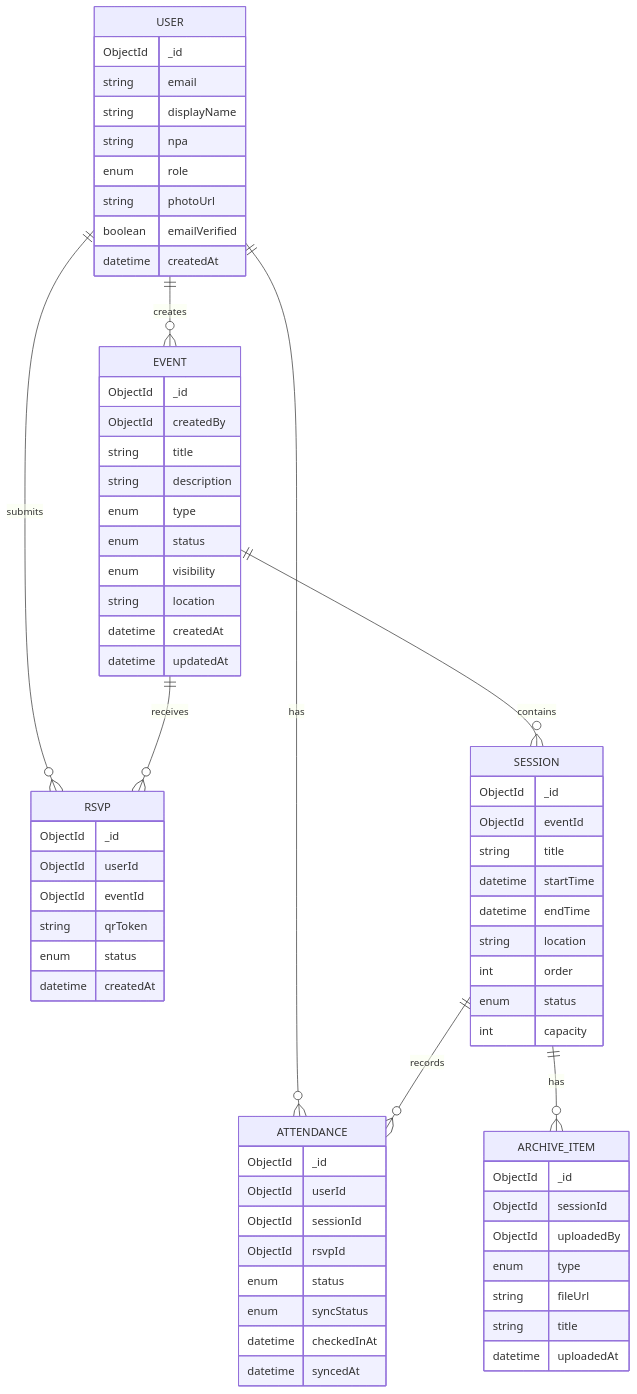
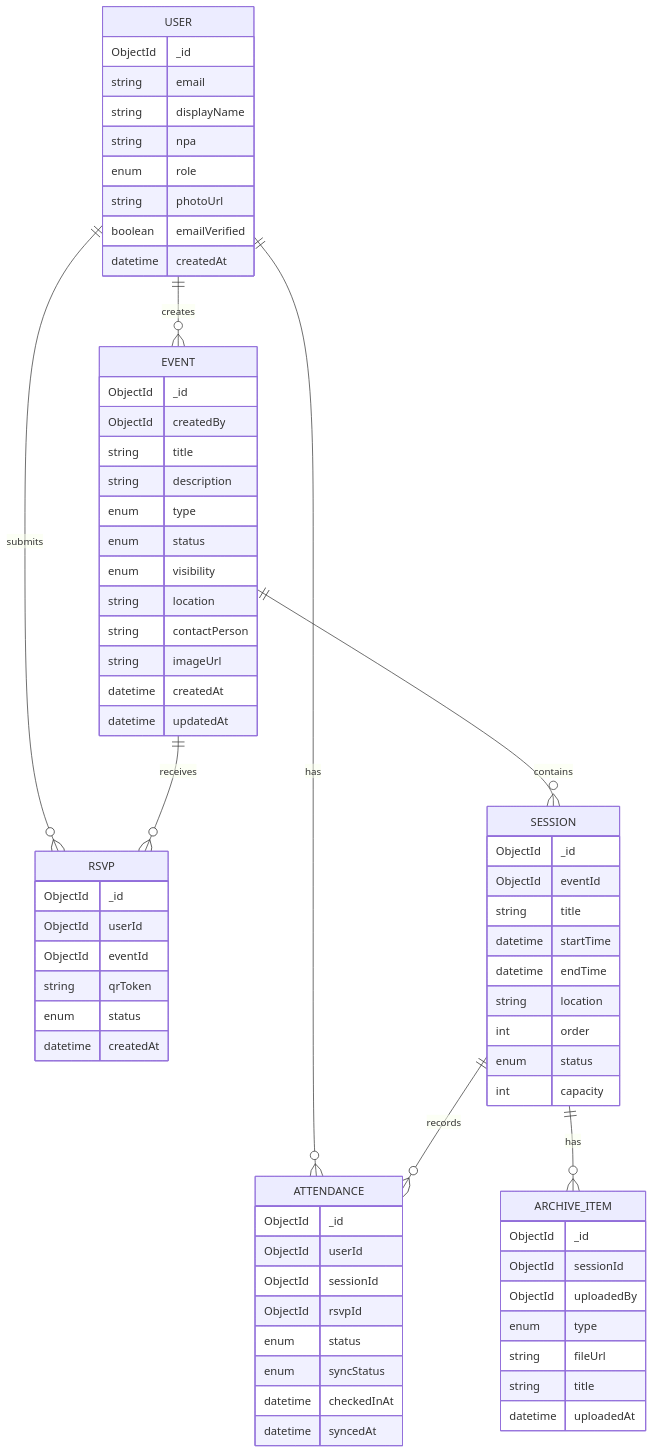
Before and after one commit to ikhsan3adi/kegiatin: the second of 3 diagrams in .docs/md/architecture.md, drawn with Mermaid. The commit also changed 2 other files, not shown here.

Commit message:
docs(api): add image upload endpoint & update event creation
Introduces new fields `contactPerson` and `imageUrl` for events.
The `imageUrl` field is populated via a new `/uploads/image` endpoint.
Updates event creation DTO to require a `sessions` array instead of direct
`startTime` and `endTime` on the event object.
ER diagrams in documentation are also updated.

````diff
--- a/.docs/md/architecture.md
+++ b/.docs/md/architecture.md
@@ -694,76 +694,78 @@
 ```mermaid
 erDiagram
     USER ||--o{ EVENT : creates
     USER ||--o{ RSVP : submits
     USER ||--o{ ATTENDANCE : has
     EVENT ||--o{ SESSION : contains
     EVENT ||--o{ RSVP : receives
     SESSION ||--o{ ATTENDANCE : records
     SESSION ||--o{ ARCHIVE_ITEM : has
 
     USER {
         ObjectId _id
         string email
         string displayName
         string npa
         enum role
         string photoUrl
         boolean emailVerified
         datetime createdAt
     }
 
     EVENT {
         ObjectId _id
         ObjectId createdBy
         string title
         string description
         enum type
         enum status
         enum visibility
         string location
+        string contactPerson
+        string imageUrl
         datetime createdAt
         datetime updatedAt
     }
 
     SESSION {
         ObjectId _id
         ObjectId eventId
         string title
         datetime startTime
         datetime endTime
         string location
         int order
         enum status
         int capacity
     }
 
     RSVP {
         ObjectId _id
         ObjectId userId
         ObjectId eventId
         string qrToken
         enum status
         datetime createdAt
     }
 
     ATTENDANCE {
         ObjectId _id
         ObjectId userId
         ObjectId sessionId
         ObjectId rsvpId
         enum status
         enum syncStatus
         datetime checkedInAt
         datetime syncedAt
     }
 
     ARCHIVE_ITEM {
         ObjectId _id
         ObjectId sessionId
         ObjectId uploadedBy
         enum type
         string fileUrl
         string title
         datetime uploadedAt
     }
 ```
````
